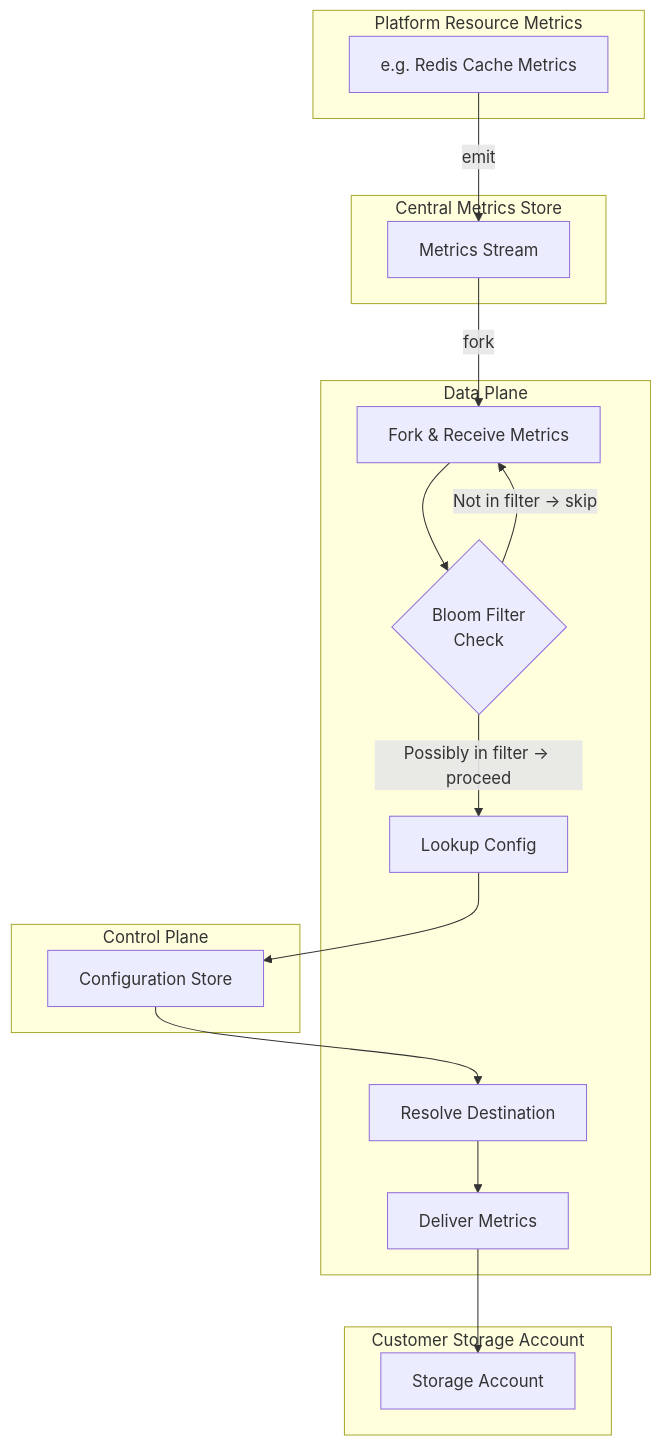
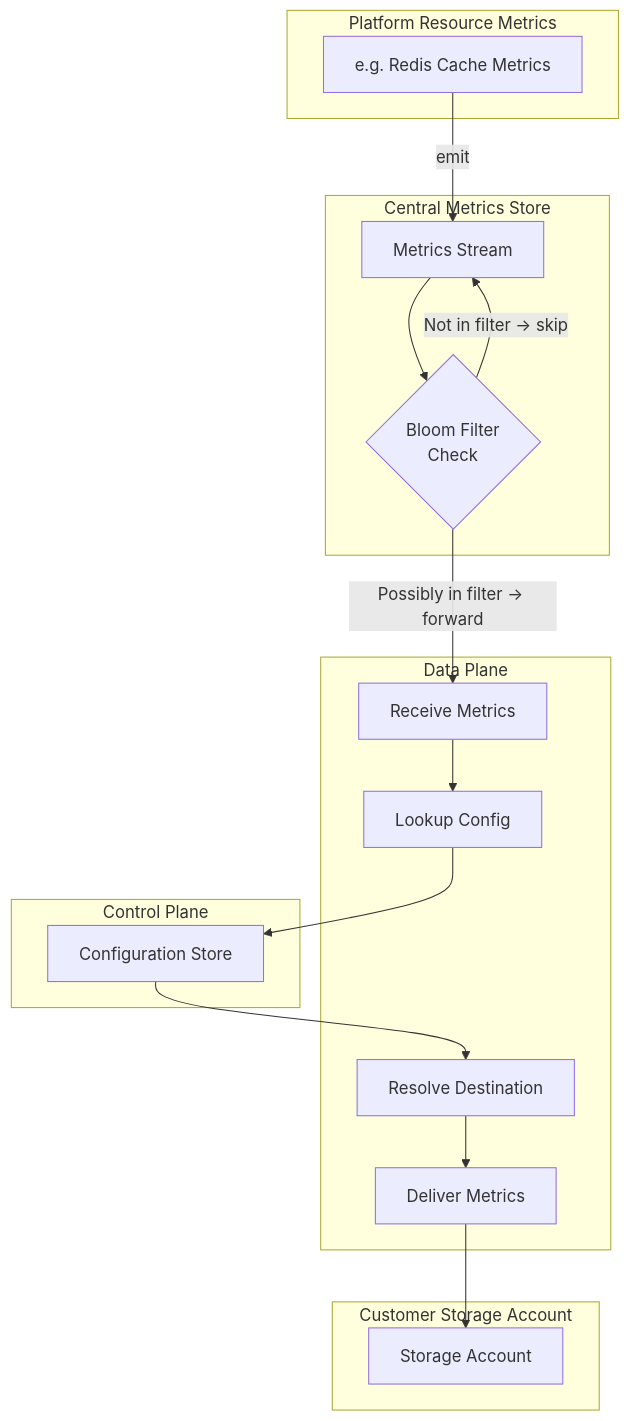
The fourth of 5 diagrams in AWS/Msft/e2e.md (mvsnbharath/Design), drawn with Mermaid before and after one commit. The commit also changed other lines of this file, not shown here.

````diff
--- a/AWS/Msft/e2e.md
+++ b/AWS/Msft/e2e.md
@@ -64,36 +64,36 @@
 ```mermaid
 flowchart TB
     subgraph Source[Platform Resource Metrics]
         PR[e.g. Redis Cache Metrics]
     end
 
     subgraph CMS[Central Metrics Store]
         P[Metrics Stream]
+        BF{Bloom Filter<br/>Check}
     end
 
     subgraph DataPlane[Data Plane]
-        D1[Fork & Receive Metrics]
-        BF{Bloom Filter<br/>Check}
+        D1[Receive Metrics]
         D2[Lookup Config]
         D3[Resolve Destination]
         D4[Deliver Metrics]
     end
 
     subgraph ControlPlane[Control Plane]
         CP[Configuration Store]
     end
 
     subgraph Customer[Customer Storage Account]
         SA[Storage Account]
     end
 
     PR -->|emit| P
-    P -->|fork| D1
-    D1 --> BF
-    BF -->|Not in filter → skip| D1
-    BF -->|Possibly in filter → proceed| D2
+    P --> BF
+    BF -->|Not in filter → skip| P
+    BF -->|Possibly in filter → forward| D1
+    D1 --> D2
     D2 --> CP
     CP --> D3
     D3 --> D4
     D4 --> SA
 ```
````
